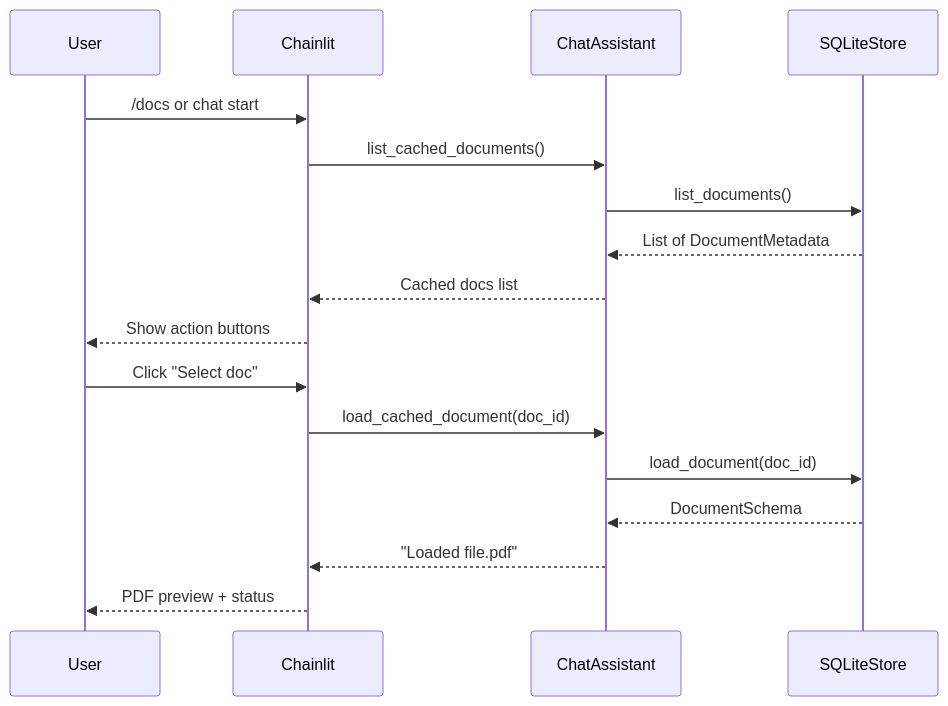
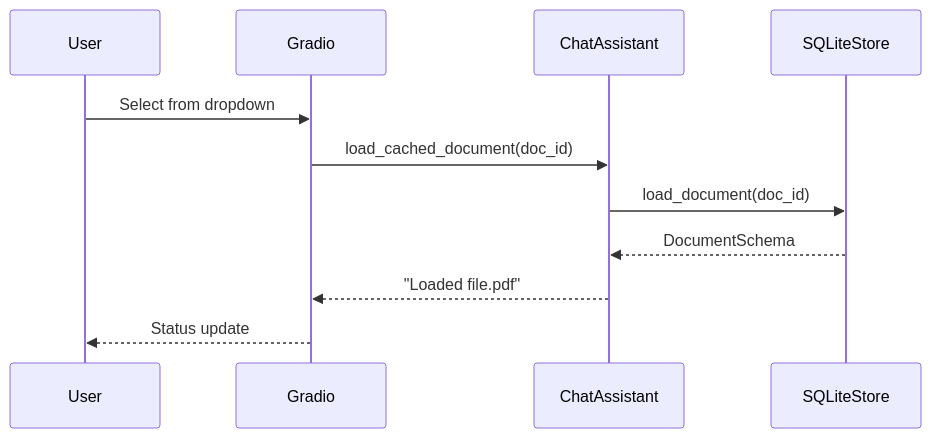
The fourth of 5 diagrams in docs/architecture.md (dallal9/Doc2Agent), drawn with Mermaid before and after one commit. The commit also changed other lines of this file and 33 other files, not shown here.

Commit message:
feat/switch to gradio and drop chainlit

````diff
--- a/docs/architecture.md
+++ b/docs/architecture.md
@@ -223,20 +224,14 @@
 ```mermaid
 sequenceDiagram
     participant U as User
-    participant CL as Chainlit
+    participant GR as Gradio
     participant CA as ChatAssistant
     participant DB as SQLiteStore
 
-    U->>CL: /docs or chat start
-    CL->>CA: list_cached_documents()
-    CA->>DB: list_documents()
-    DB-->>CA: List of DocumentMetadata
-    CA-->>CL: Cached docs list
-    CL-->>U: Show action buttons
-    U->>CL: Click "Select doc"
-    CL->>CA: load_cached_document(doc_id)
+    U->>GR: Select from dropdown
+    GR->>CA: load_cached_document(doc_id)
     CA->>DB: load_document(doc_id)
     DB-->>CA: DocumentSchema
-    CA-->>CL: "Loaded file.pdf"
-    CL-->>U: PDF preview + status
+    CA-->>GR: "Loaded file.pdf"
+    GR-->>U: Status update
 ```
````
